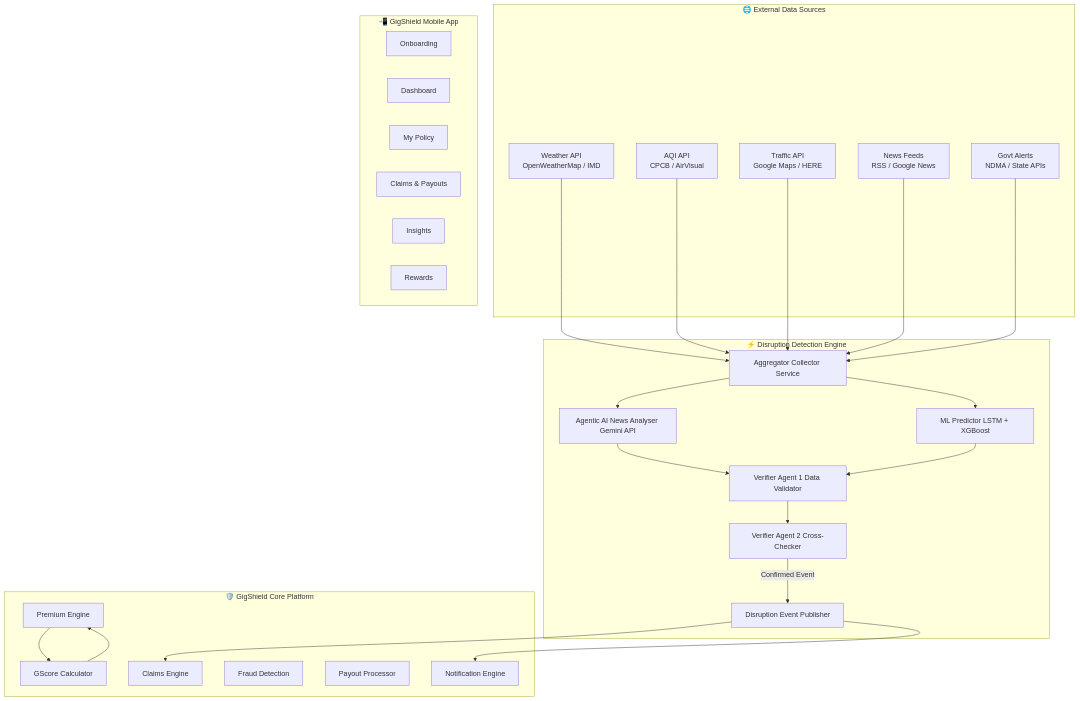
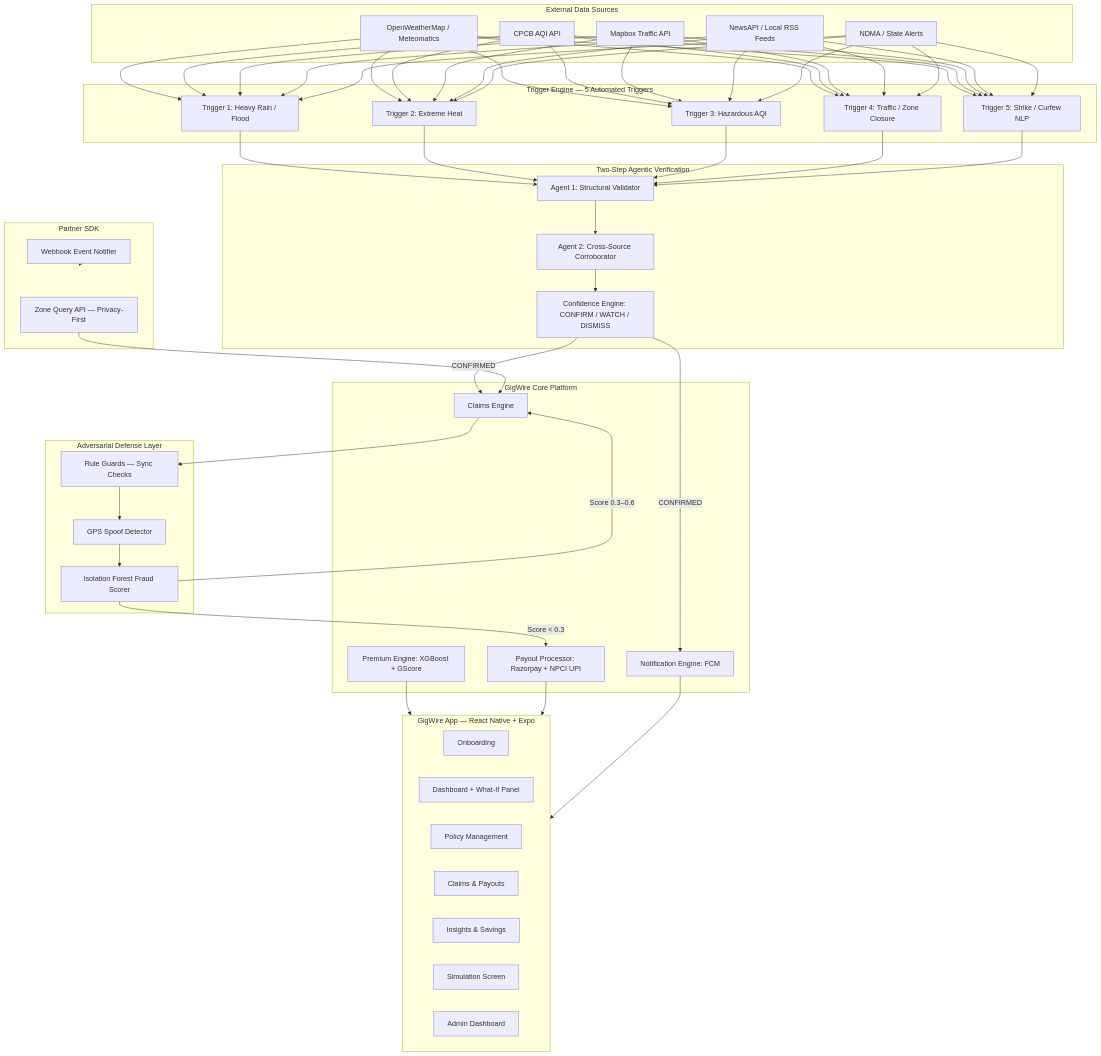
Before and after one commit to dhanushkrishnac7/GuideWire: the first of 5 diagrams in README.md, drawn with Mermaid. The commit also changed other lines of this file and 27 other files, not shown here.

````diff
--- a/README.md
+++ b/README.md
@@ -101,45 +239,65 @@
 ```mermaid
 graph TB
-    subgraph External_Data_Sources["🌐 External Data Sources"]
-        WA[Weather API<br/>OpenWeatherMap / IMD]
-        AQI[AQI API<br/>CPCB / AirVisual]
-        TA[Traffic API<br/>Google Maps / HERE]
-        NF[News Feeds<br/>RSS / Google News]
-        GOV[Govt Alerts<br/>NDMA / State APIs]
+    subgraph External_Data["External Data Sources"]
+        WA[OpenWeatherMap / Meteomatics]
+        AQI[CPCB AQI API]
+        TA[Mapbox Traffic API]
+        NF[NewsAPI / Local RSS Feeds]
+        GOV[NDMA / State Alerts]
     end
 
-    subgraph Disruption_Engine["⚡ Disruption Detection Engine"]
-        AC[Aggregator Collector Service]
-        AA[Agentic AI News Analyser Gemini API]
-        ML[ML Predictor LSTM + XGBoost]
-        V1[Verifier Agent 1 Data Validator]
-        V2[Verifier Agent 2 Cross-Checker]
-        DE[Disruption Event Publisher]
+    subgraph Trigger_Engine["Trigger Engine — 5 Automated Triggers"]
+        T1[Trigger 1: Heavy Rain / Flood]
+        T2[Trigger 2: Extreme Heat]
+        T3[Trigger 3: Hazardous AQI]
+        T4[Trigger 4: Traffic / Zone Closure]
+        T5[Trigger 5: Strike / Curfew NLP]
     end
 
-    subgraph Core_Platform["🛡️ GigShield Core Platform"]
-        PM[Premium Engine]
-        GS[GScore Calculator]
-        CE[Claims Engine]
-        FD[Fraud Detection]
-        PY[Payout Processor]
-        NE[Notification Engine]
+    subgraph Verification["Two-Step Agentic Verification"]
+        A1[Agent 1: Structural Validator]
+        A2[Agent 2: Cross-Source Corroborator]
+        CE[Confidence Engine: CONFIRM / WATCH / DISMISS]
     end
 
-    subgraph GigShield_App["📲 GigShield Mobile App"]
-        OB[Onboarding]
-        DB[Dashboard]
-        PL[My Policy]
-        CL[Claims & Payouts]
-        IN[Insights]
-        RW[Rewards]
+    subgraph AntiSpoof["Adversarial Defense Layer"]
+        GPS[GPS Spoof Detector]
+        RG[Rule Guards — Sync Checks]
+        FD[Isolation Forest Fraud Scorer]
     end
 
-    WA & AQI & TA & NF & GOV --> AC
-    AC --> AA & ML
-    AA & ML --> V1
-    V1 --> V2
-    V2 -->|Confirmed Event| DE
-    DE --> CE & NE
-    PM --> GS --> PM
+    subgraph Core["GigWire Core Platform"]
+        PM[Premium Engine: XGBoost + GScore]
+        CL[Claims Engine]
+        PY[Payout Processor: Razorpay + NPCI UPI]
+        NE[Notification Engine: FCM]
+    end
+
+    subgraph App["GigWire App — React Native + Expo"]
+        OB[Onboarding]
+        DB[Dashboard + What-If Panel]
+        PL[Policy Management]
+        CR[Claims & Payouts]
+        IN[Insights & Savings]
+        SIM[Simulation Screen]
+        ADM[Admin Dashboard]
+    end
+
+    subgraph SDK["Partner SDK"]
+        ZQ[Zone Query API — Privacy-First]
+        WH[Webhook Event Notifier]
+    end
+
+    WA & AQI & TA & NF & GOV --> T1 & T2 & T3 & T4 & T5
+    T1 & T2 & T3 & T4 & T5 --> A1 --> A2 --> CE
+    CE -->|CONFIRMED| CL
+    CE -->|CONFIRMED| NE
+    CL --> RG --> GPS --> FD
+    FD -->|Score < 0.3| PY
+    FD -->|Score 0.3–0.6| CL
+    PM --> App
+    PY --> App
+    NE --> App
+    ZQ --> CL
+    WH --> SDK
 ```
````
